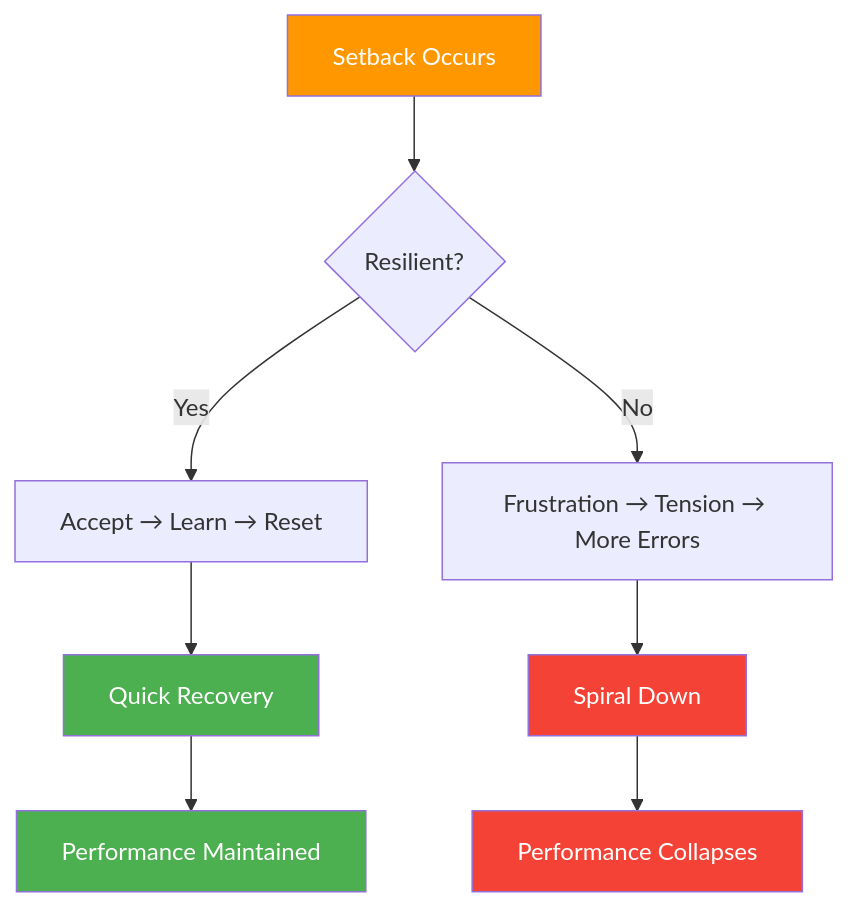
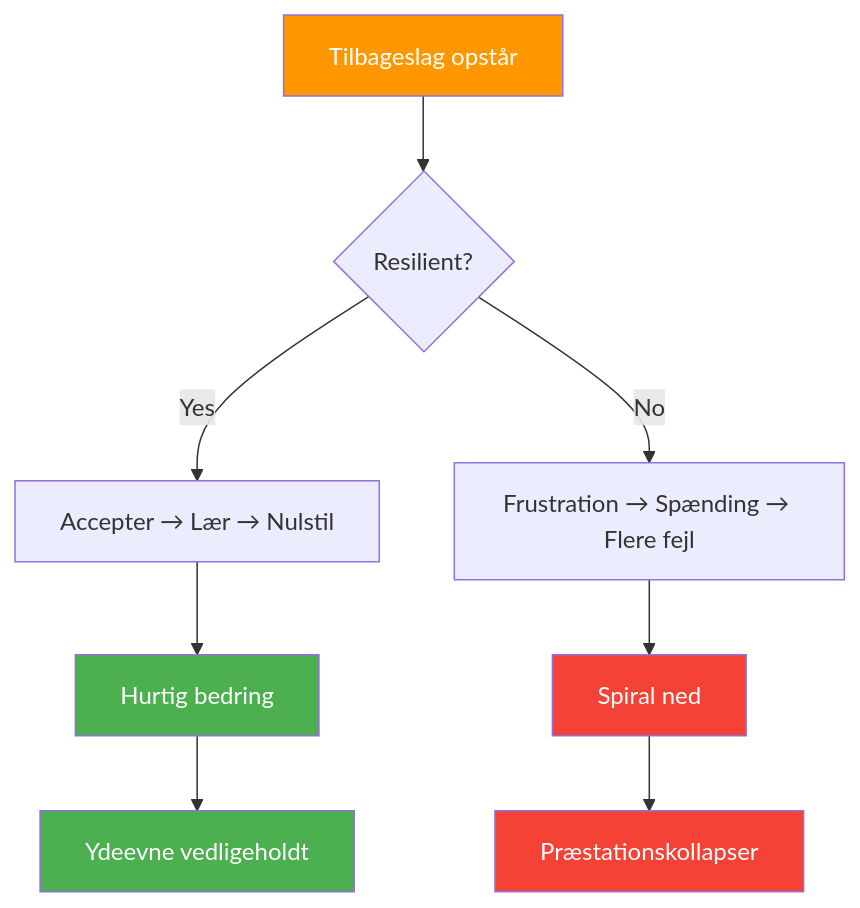
The diagram in docs/da/articles/mental-resilience.md (patwii/petanque-academy), drawn with Mermaid before and after one commit. The commit also changed other lines of this file and 550 other files, not shown here.

````diff
--- a/docs/da/articles/mental-resilience.md
+++ b/docs/da/articles/mental-resilience.md
@@ -20,19 +20,19 @@
 ```mermaid
 flowchart TD
-    A[Setback Occurs] --> B{Resilient?}
+    A[Tilbageslag opstår] --> B{Resilient?}
 
-    B -->|Yes| C[Accept → Learn → Reset]
-    B -->|No| D[Frustration → Tension → More Errors]
+    B -->|Yes| C[Accepter → Lær → Nulstil]
+    B -->|No| D[Frustration → Spænding → Flere fejl]
 
-    C --> E[Quick Recovery]
-    D --> F[Spiral Down]
+    C --> E[Hurtig bedring]
+    D --> F[Spiral ned]
 
-    E --> G[Performance Maintained]
-    F --> H[Performance Collapses]
+    E --> G[Ydeevne vedligeholdt]
+    F --> H[Præstationskollapser]
 
     style A fill:#FF9800,color:#fff
     style E fill:#4CAF50,color:#fff
     style G fill:#4CAF50,color:#fff
     style F fill:#f44336,color:#fff
     style H fill:#f44336,color:#fff
 ```
````
